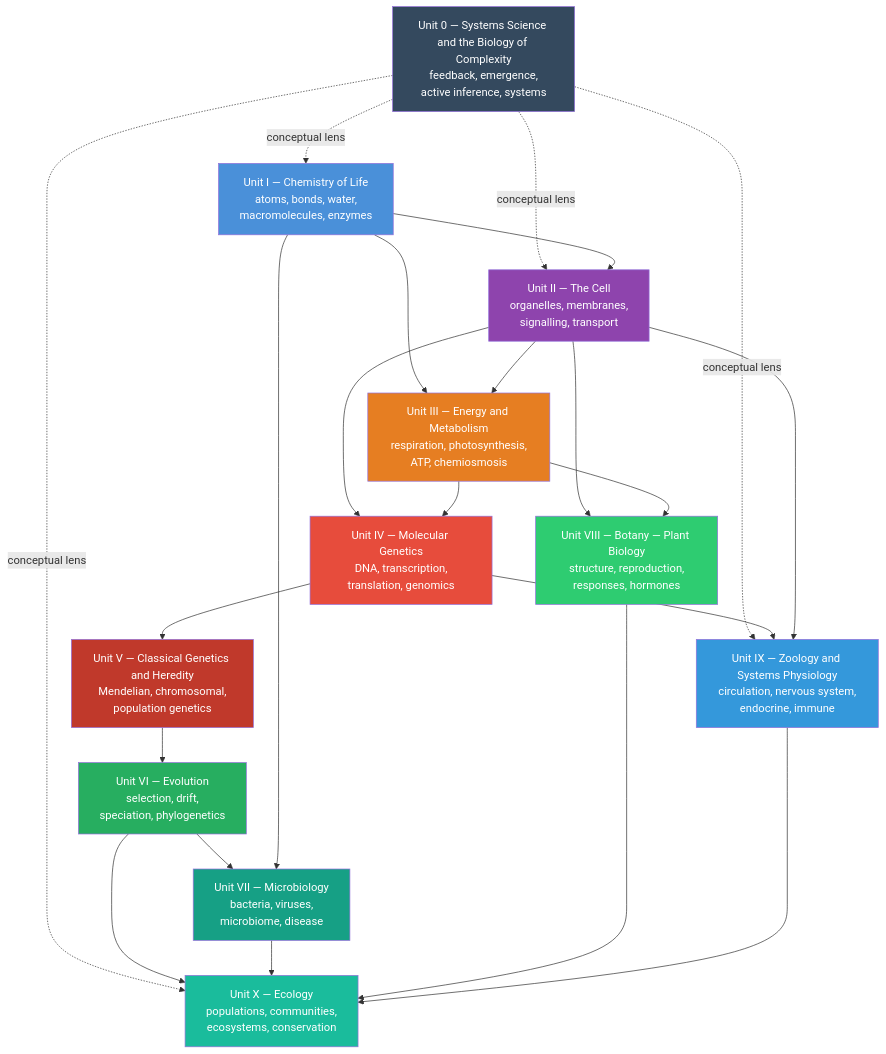
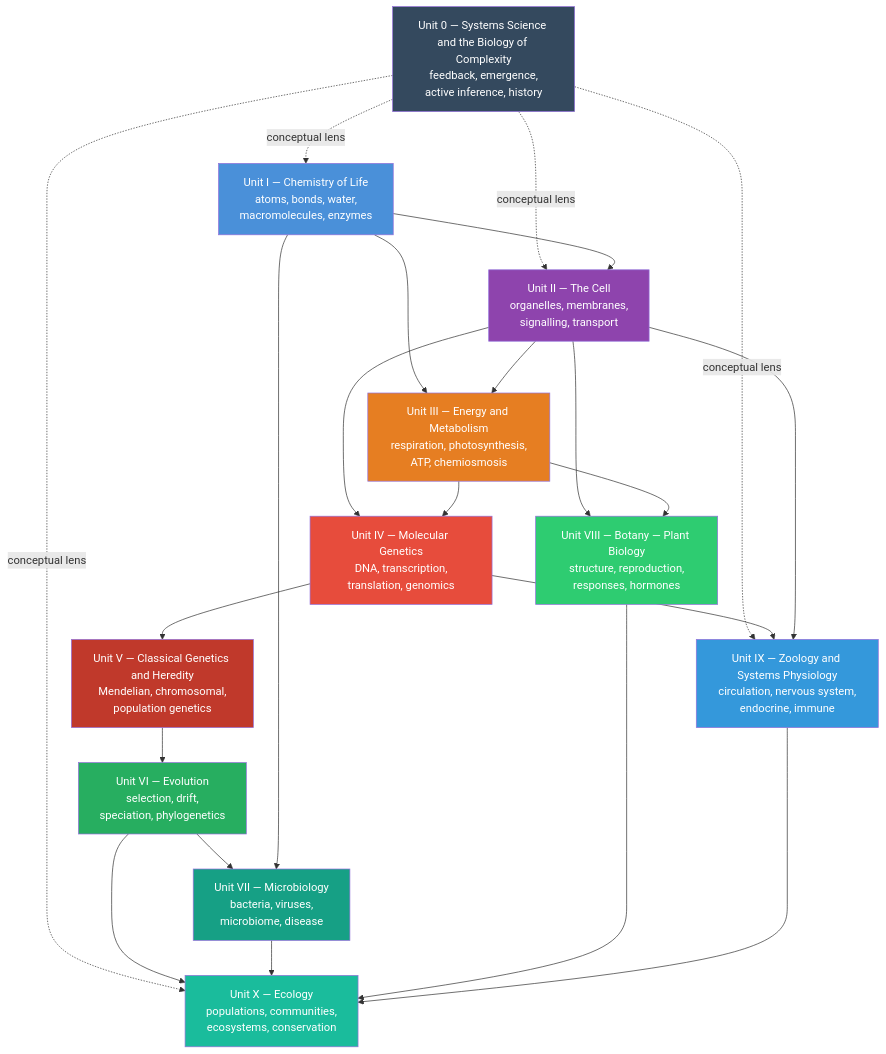
The diagram in manuscript/front_matter.md (docxology/biology_textbook), drawn with Mermaid before and after one commit. The commit also changed other lines of this file and 27 other files, not shown here.

````diff
--- a/manuscript/front_matter.md
+++ b/manuscript/front_matter.md
@@ -154,48 +154,48 @@
 ```mermaid
 graph TD
-    U0["Unit 0 — Systems Science and the Biology of Complexity<br/>feedback, emergence,<br/>active inference, systems"]
+    U0["Unit 0 — Systems Science and the Biology of Complexity<br/>feedback, emergence,<br/>active inference, history"]
     I["Unit I — Chemistry of Life<br/>atoms, bonds, water,<br/>macromolecules, enzymes"]
     II["Unit II — The Cell<br/>organelles, membranes,<br/>signalling, transport"]
     III["Unit III — Energy and Metabolism<br/>respiration, photosynthesis,<br/>ATP, chemiosmosis"]
     IV["Unit IV — Molecular Genetics<br/>DNA, transcription,<br/>translation, genomics"]
     V["Unit V — Classical Genetics and Heredity<br/>Mendelian, chromosomal,<br/>population genetics"]
     VI["Unit VI — Evolution<br/>selection, drift,<br/>speciation, phylogenetics"]
     VII["Unit VII — Microbiology<br/>bacteria, viruses,<br/>microbiome, disease"]
     VIII["Unit VIII — Botany — Plant Biology<br/>structure, reproduction,<br/>responses, hormones"]
     IX["Unit IX — Zoology and Systems Physiology<br/>circulation, nervous system,<br/>endocrine, immune"]
     X["Unit X — Ecology<br/>populations, communities,<br/>ecosystems, conservation"]
 
     U0 -.->|conceptual lens| I
     U0 -.->|conceptual lens| II
     U0 -.->|conceptual lens| X
     U0 -.->|conceptual lens| IX
     I --> II
     I --> III
     II --> III
     II --> IV
     III --> IV
     IV --> V
     V --> VI
     VI --> VII
     I --> VII
     II --> VIII
     III --> VIII
     IV --> IX
     II --> IX
     VI --> X
     VII --> X
     VIII --> X
     IX --> X
 
     style U0 fill:#34495e,color:#fff
     style I fill:#4a90d9,color:#fff
     style II fill:#8e44ad,color:#fff
     style III fill:#e67e22,color:#fff
     style IV fill:#e74c3c,color:#fff
     style V fill:#c0392b,color:#fff
     style VI fill:#27ae60,color:#fff
     style VII fill:#16a085,color:#fff
     style VIII fill:#2ecc71,color:#fff
     style IX fill:#3498db,color:#fff
     style X fill:#1abc9c,color:#fff
 ```
````
